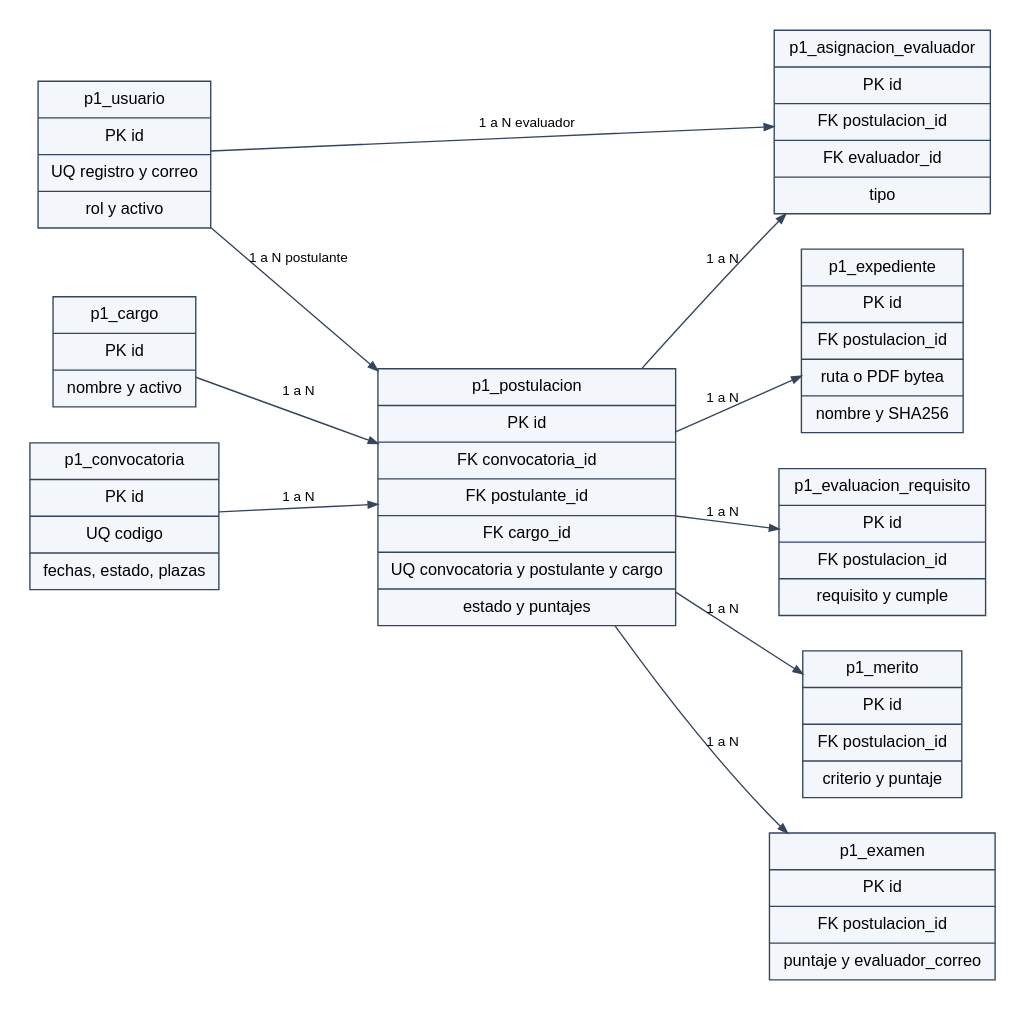
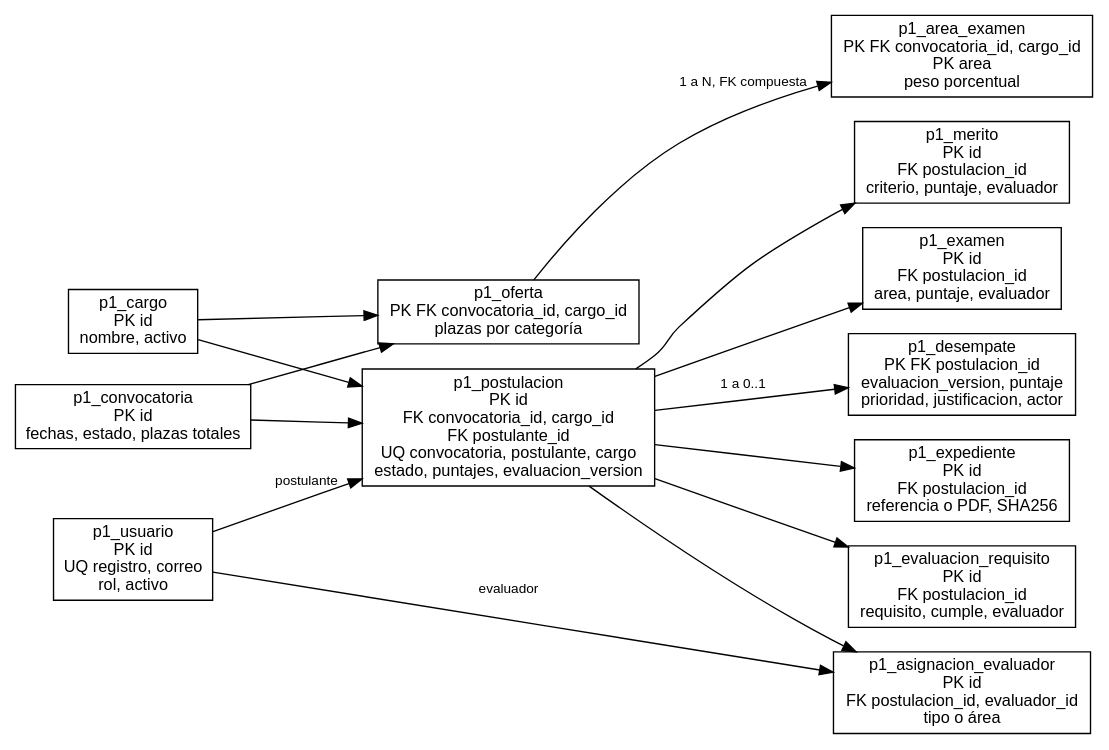
One commit to BrayanJoelRamosVargas1/inf513-proyecto1 changed the diagram in docs/diagramas/mer_negocio.dot. Above: the diagram before and after it, drawn with Graphviz. The commit also changed 25 other files, not shown here.

Commit message:
Completar categorías, examen por áreas y desempates en los ocho CU

```diff
--- a/docs/diagramas/mer_negocio.dot
+++ b/docs/diagramas/mer_negocio.dot
@@ -1,1 +1,18 @@
-digraph G { graph [bgcolor="white",pad="0.2",nodesep="0.35",ranksep="0.6",fontname="Arial",fontsize=13];node [shape=box,fontname="Arial",fontsize=12,margin="0.14,0.10",color="#34465d",style="filled",fillcolor="#f3f6fa"];edge [fontname="Arial",fontsize=10,color="#34465d",arrowsize=0.7]; rankdir=LR;node[shape=record];usuario[label="p1_usuario|PK id|UQ registro y correo|rol y activo"];conv[label="p1_convocatoria|PK id|UQ codigo|fechas, estado, plazas"];cargo[label="p1_cargo|PK id|nombre y activo"];post[label="p1_postulacion|PK id|FK convocatoria_id|FK postulante_id|FK cargo_id|UQ convocatoria y postulante y cargo|estado y puntajes"];exp[label="p1_expediente|PK id|FK postulacion_id|ruta o PDF bytea|nombre y SHA256"];req[label="p1_evaluacion_requisito|PK id|FK postulacion_id|requisito y cumple"];mer[label="p1_merito|PK id|FK postulacion_id|criterio y puntaje"];exa[label="p1_examen|PK id|FK postulacion_id|puntaje y evaluador_correo"];asig[label="p1_asignacion_evaluador|PK id|FK postulacion_id|FK evaluador_id|tipo"];usuario->post[label="1 a N postulante"];conv->post[label="1 a N"];cargo->post[label="1 a N"];post->exp[label="1 a N"];post->req[label="1 a N"];post->mer[label="1 a N"];post->exa[label="1 a N"];post->asig[label="1 a N"];usuario->asig[label="1 a N evaluador"]; }
+digraph G { graph[rankdir=LR,bgcolor="white",nodesep=.25,ranksep=.5];node[shape=box,fontname="Arial",fontsize=12];edge[fontname="Arial",fontsize=10];
+conv[label="p1_convocatoria\nPK id\nfechas, estado, plazas totales"];
+cargo[label="p1_cargo\nPK id\nnombre, activo"];
+oferta[label="p1_oferta\nPK FK convocatoria_id, cargo_id\nplazas por categoría"];
+area[label="p1_area_examen\nPK FK convocatoria_id, cargo_id\nPK area\npeso porcentual"];
+usuario[label="p1_usuario\nPK id\nUQ registro, correo\nrol, activo"];
+post[label="p1_postulacion\nPK id\nFK convocatoria_id, cargo_id\nFK postulante_id\nUQ convocatoria, postulante, cargo\nestado, puntajes, evaluacion_version"];
+exp[label="p1_expediente\nPK id\nFK postulacion_id\nreferencia o PDF, SHA256"];
+req[label="p1_evaluacion_requisito\nPK id\nFK postulacion_id\nrequisito, cumple, evaluador"];
+mer[label="p1_merito\nPK id\nFK postulacion_id\ncriterio, puntaje, evaluador"];
+exa[label="p1_examen\nPK id\nFK postulacion_id\narea, puntaje, evaluador"];
+asig[label="p1_asignacion_evaluador\nPK id\nFK postulacion_id, evaluador_id\ntipo o área"];
+des[label="p1_desempate\nPK FK postulacion_id\nevaluacion_version, puntaje\nprioridad, justificacion, actor"];
+conv->oferta;cargo->oferta;oferta->area[label="1 a N, FK compuesta"];
+conv->post;cargo->post;usuario->post[label="postulante"];
+post->exp;post->req;post->mer;post->exa;post->asig;post->des[label="1 a 0..1"];
+usuario->asig[label="evaluador"];
+}
```
